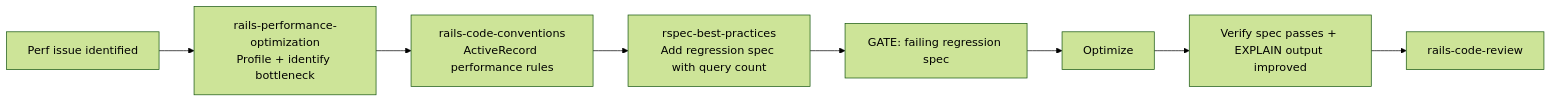
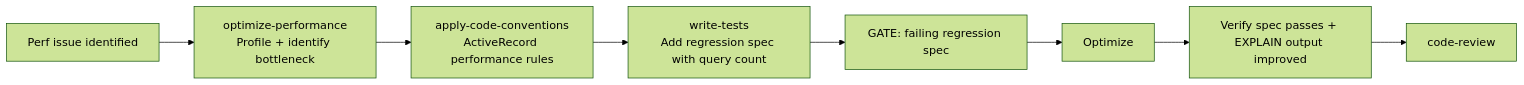
Before and after one commit to igmarin/my-RoR-personal-skills: the eighth of 17 diagrams in docs/workflow-guide.md, drawn with Mermaid (forest theme). The commit also changed other lines of this file and 295 other files, not shown here.

First line of the commit message:
Refactor names flows (#57)

````diff
--- a/docs/workflow-guide.md
+++ b/docs/workflow-guide.md
@@ -395,10 +395,10 @@
 ```mermaid
 flowchart LR
-    A[Perf issue identified] --> B[rails-performance-optimization\nProfile + identify bottleneck]
-    B --> C[rails-code-conventions\nActiveRecord performance rules]
-    C --> D[rspec-best-practices\nAdd regression spec with query count]
+    A[Perf issue identified] --> B[optimize-performance\nProfile + identify bottleneck]
+    B --> C[apply-code-conventions\nActiveRecord performance rules]
+    C --> D[write-tests\nAdd regression spec with query count]
     D --> E["GATE: failing regression spec"]
     E --> F[Optimize]
     F --> G["Verify spec passes + EXPLAIN output improved"]
-    G --> H[rails-code-review]
+    G --> H[code-review]
 ```
````
